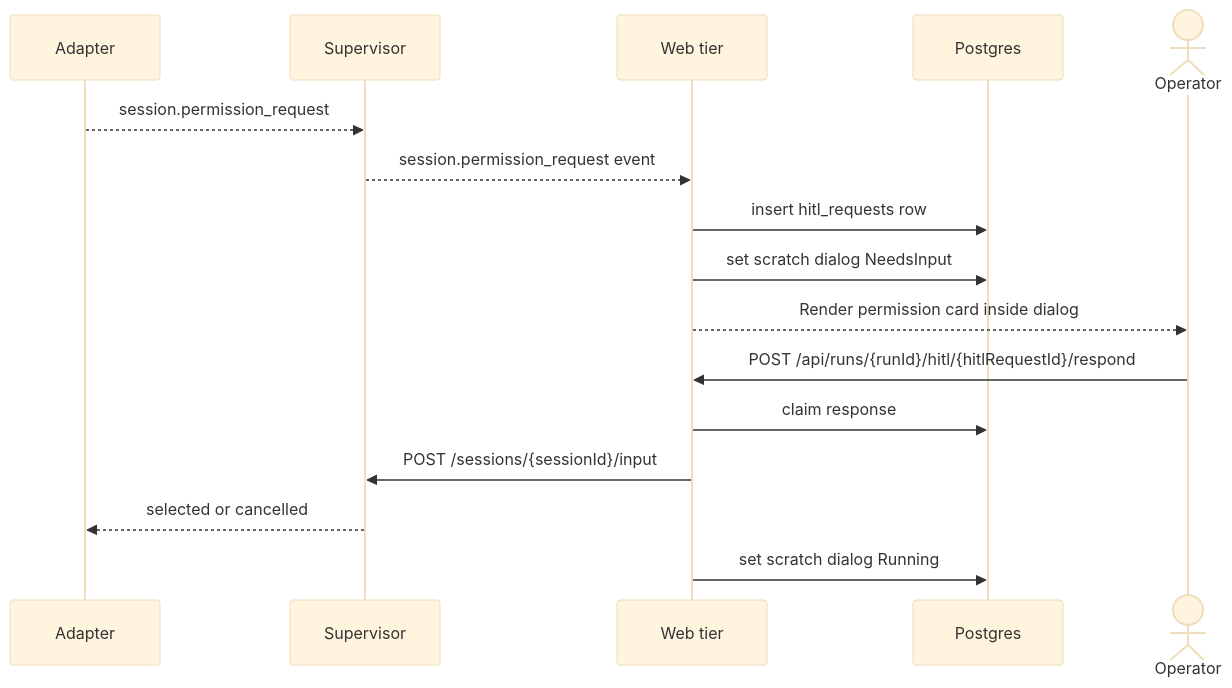
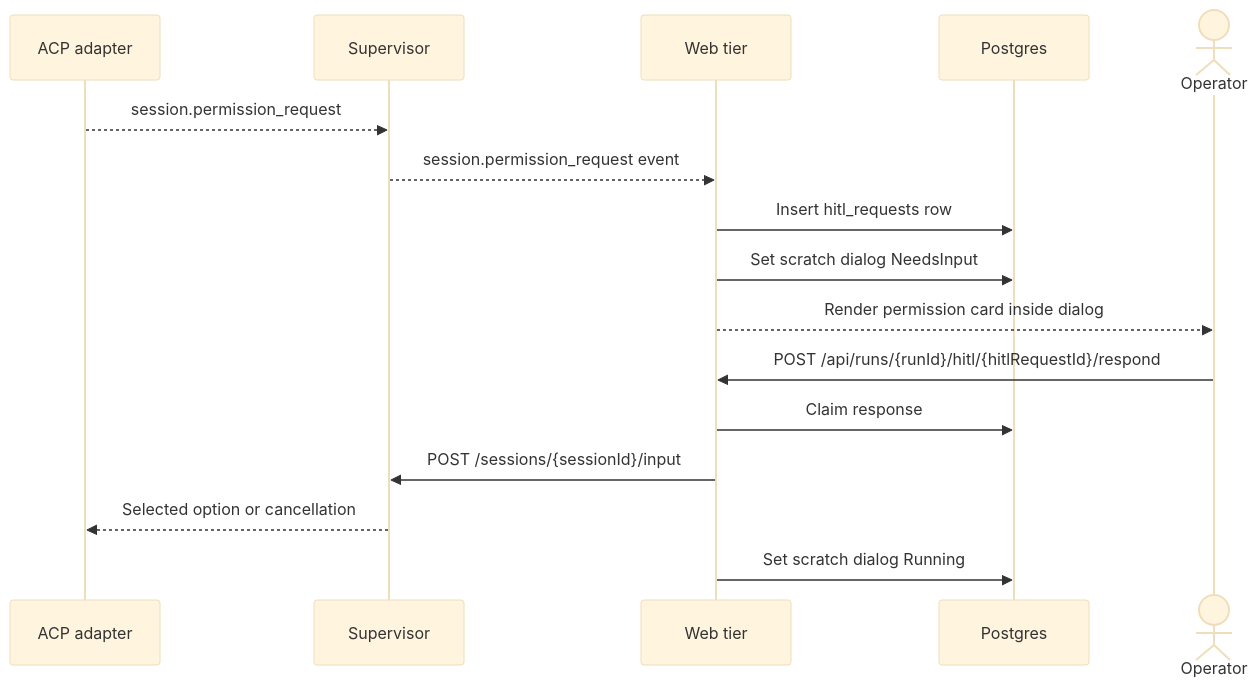
The fourth of 5 diagrams in docs/system-analytics/scratch-runs.md (maister-dev/maister), drawn with Mermaid (base theme) before and after one commit. The commit also changed other lines of this file and 46 other files, not shown here.

````diff
--- a/docs/system-analytics/scratch-runs.md
+++ b/docs/system-analytics/scratch-runs.md
@@ -186,19 +182,19 @@
 ```mermaid
 sequenceDiagram
-    participant A as Adapter
+    participant A as ACP adapter
     participant SV as Supervisor
     participant W as Web tier
     participant DB as Postgres
     actor U as Operator
 
     A-->>SV: session.permission_request
     SV-->>W: session.permission_request event
-    W->>DB: insert hitl_requests row
-    W->>DB: set scratch dialog NeedsInput
+    W->>DB: Insert hitl_requests row
+    W->>DB: Set scratch dialog NeedsInput
     W-->>U: Render permission card inside dialog
     U->>W: POST /api/runs/{runId}/hitl/{hitlRequestId}/respond
-    W->>DB: claim response
+    W->>DB: Claim response
     W->>SV: POST /sessions/{sessionId}/input
-    SV-->>A: selected or cancelled
-    W->>DB: set scratch dialog Running
+    SV-->>A: Selected option or cancellation
+    W->>DB: Set scratch dialog Running
 ```
````
